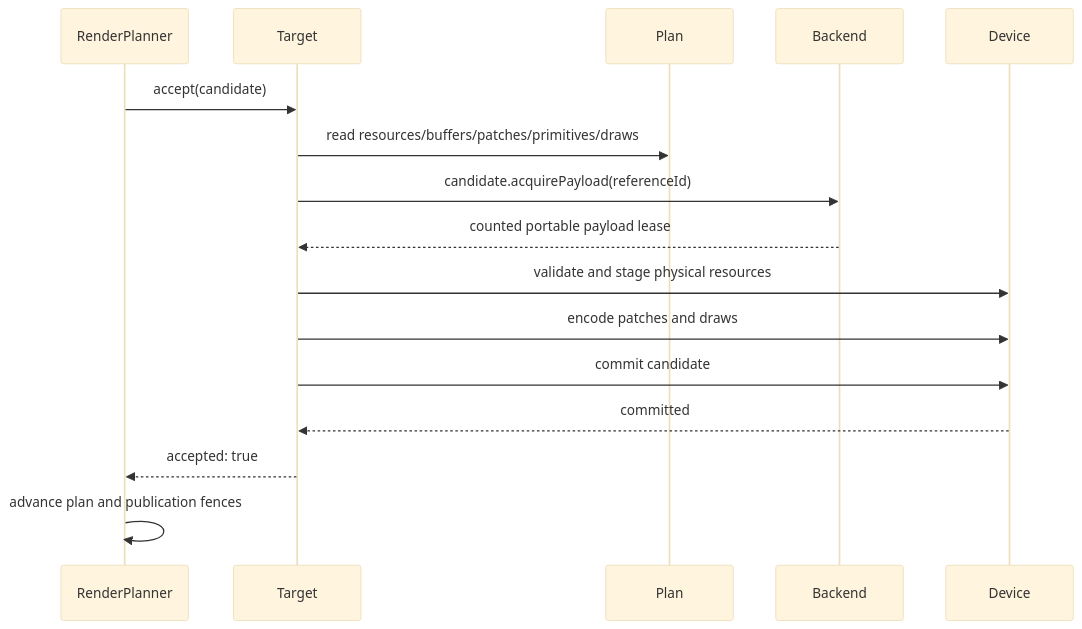
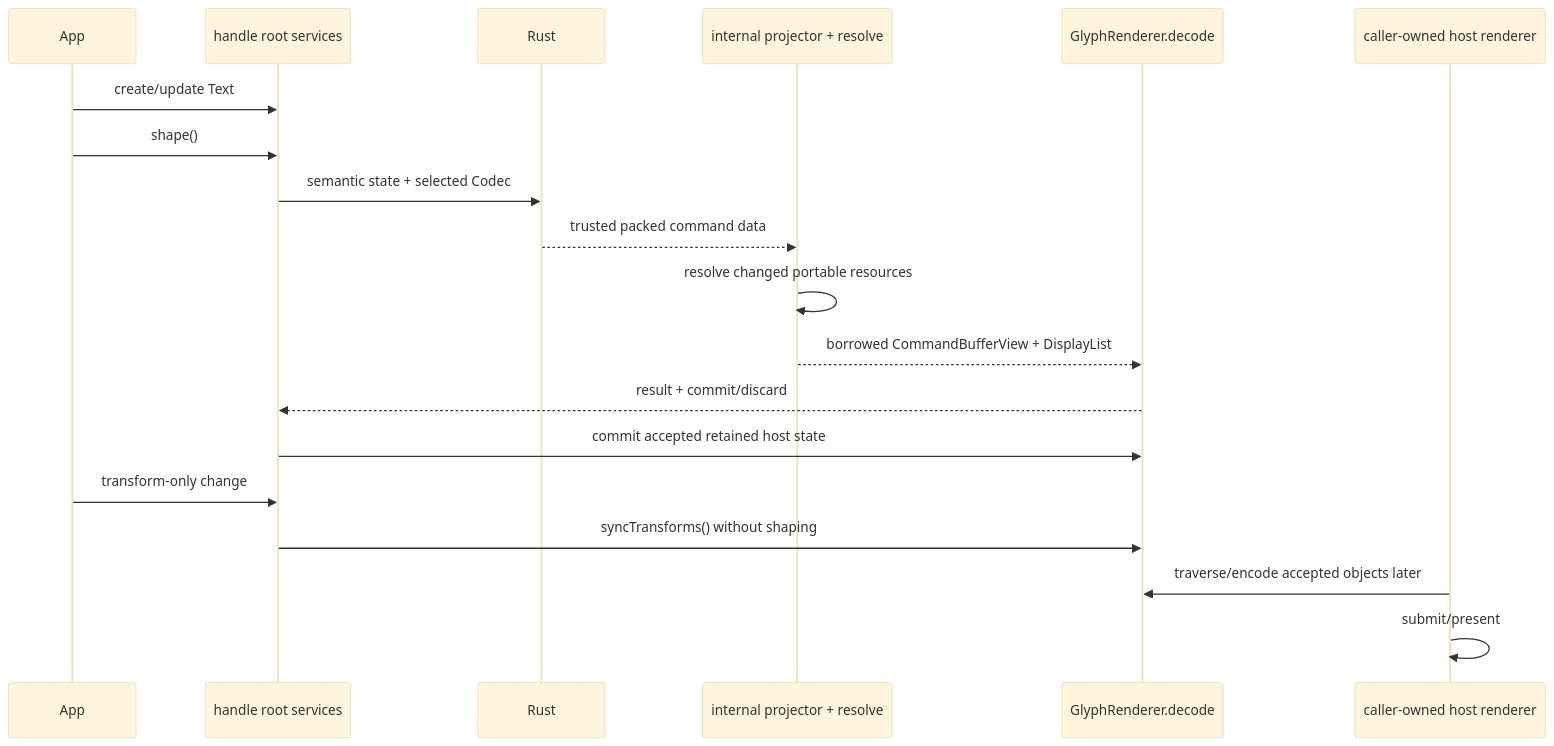
Before and after one commit to pmndrs/glyph: the second of 2 diagrams in docs/guides/technique-implementation-report.md, drawn with Mermaid (base theme). The commit also changed other lines of this file and 2 other files, not shown here.

Commit message:
docs(glyph): teach config-only technique integration

````diff
--- a/docs/guides/technique-implementation-report.md
+++ b/docs/guides/technique-implementation-report.md
@@ -402,19 +422,22 @@
 ```mermaid
 sequenceDiagram
-  participant RenderPlanner
-  participant Target
-  participant Plan
-  participant Backend
-  participant Device
+  participant App
+  participant Root as handle root services
+  participant Rust
+  participant Project as internal projector + resolve
+  participant Renderer as GlyphRenderer.decode
+  participant Host as caller-owned host renderer
 
-  RenderPlanner->>Target: accept(candidate)
-  Target->>Plan: read resources/buffers/patches/primitives/draws
-  Target->>Backend: candidate.acquirePayload(referenceId)
-  Backend-->>Target: counted portable payload lease
-  Target->>Device: validate and stage physical resources
-  Target->>Device: encode patches and draws
-  Target->>Device: commit candidate
-  Device-->>Target: committed
-  Target-->>RenderPlanner: accepted: true
-  RenderPlanner->>RenderPlanner: advance plan and publication fences
+  App->>Root: create/update Text
+  App->>Root: shape()
+  Root->>Rust: semantic state + selected Codec
+  Rust-->>Project: trusted packed command data
+  Project->>Project: resolve changed portable resources
+  Project-->>Renderer: borrowed CommandBufferView + DisplayList
+  Renderer-->>Root: result + commit/discard
+  Root->>Renderer: commit accepted retained host state
+  App->>Root: transform-only change
+  Root->>Renderer: syncTransforms() without shaping
+  Host->>Renderer: traverse/encode accepted objects later
+  Host->>Host: submit/present
 ```
````
